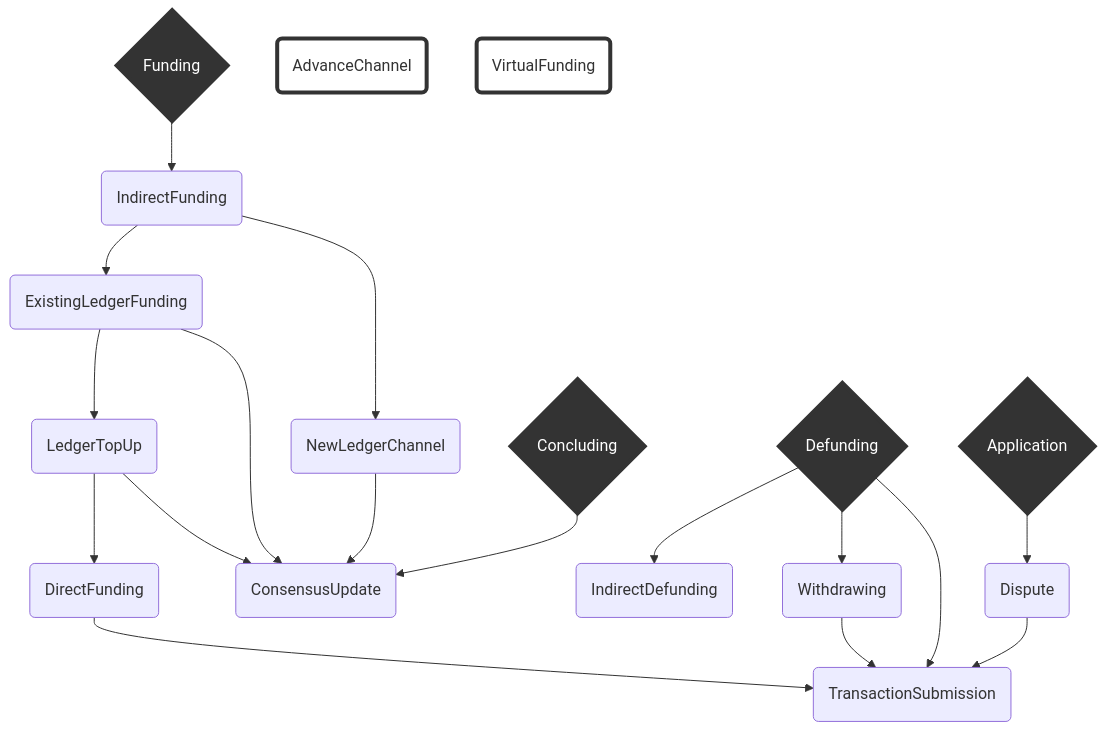
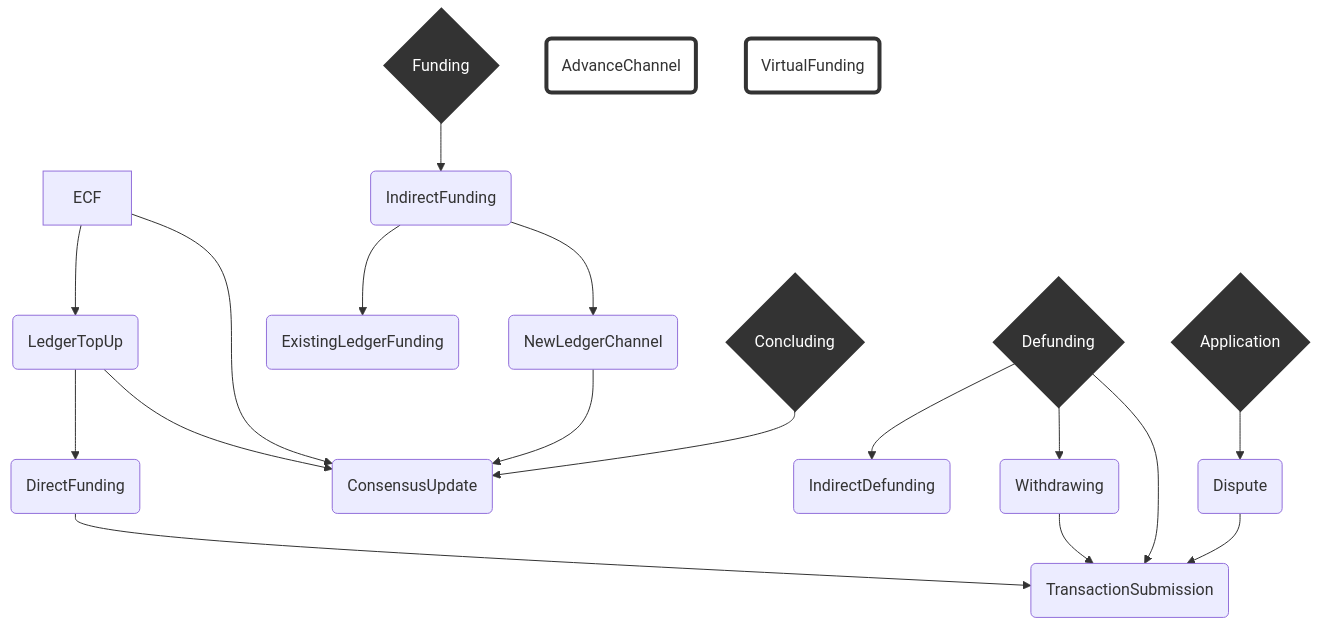
One commit to magmo/apps changed the diagram in packages/wallet/notes/index.md. Above: the diagram before and after it, drawn with Mermaid.

````diff
--- a/packages/wallet/notes/index.md
+++ b/packages/wallet/notes/index.md
@@ -31,46 +31,46 @@
 ```mermaid
 graph TD
   linkStyle default interpolate basis
 
     A{Application}--> D
     F{Funding}--> idF(IndirectFunding)
 
     D(Dispute)--> TS
 
 
     C{Concluding}-->CU(ConsensusUpdate)
 
-    idF -->  ECF(ExistingLedgerFunding)
+    idF -->  ELF(ExistingLedgerFunding)
     idF --> NLC(NewLedgerChannel)
 
     NLC --> CU(ConsensusUpdate)
 
     ECF --> LTU(LedgerTopUp)
     ECF --> CU(ConsensusUpdate)
     LTU --> CU(ConsensusUpdate)
 
     Df{Defunding}-->idDf(IndirectDefunding)
     Df-->W(Withdrawing)
 
     Df-->TS(TransactionSubmission)
 
     W-->TS
 
     AC(AdvanceChannel)
 
     LTU-->DF(DirectFunding)
 
     DF-->TS
 
 
     VF(VirtualFunding)
 
     classDef TopLevelProtocol stroke:#333,stroke-width:4px,color:#ffff,fill:#333;
 
     classDef OrphanProtocol stroke:#333,stroke-width:4px,fill:#0000;
 
     class A,F,C,Df TopLevelProtocol
     class AC,PC,VF OrphanProtocol
 
 
 ```
````
